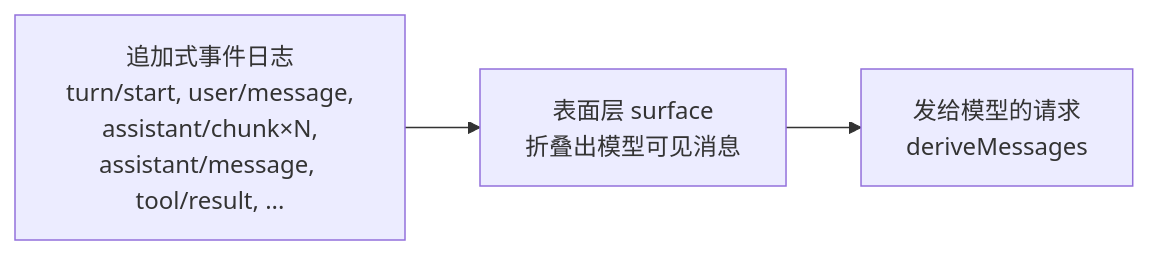
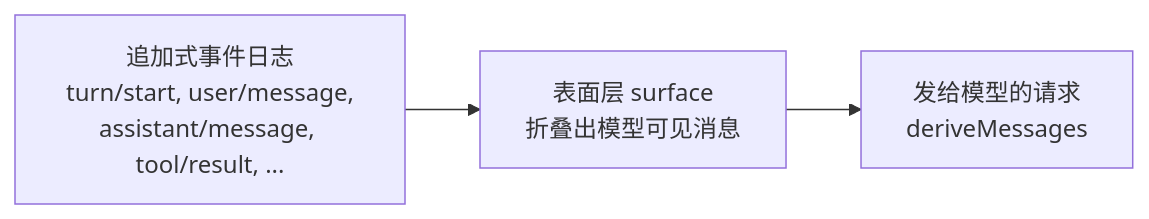
Before and after one commit to vacat/agent-book: the diagram in src/ch11-session-and-memory.md, drawn with Mermaid. The commit also changed other lines of this file and 14 other files, not shown here.

````diff
--- a/src/ch11-session-and-memory.md
+++ b/src/ch11-session-and-memory.md
@@ -68,7 +71,7 @@
 ```mermaid
 flowchart LR
-    LOG[追加式事件日志<br/>turn/start, user/message,<br/>assistant/chunk×N,<br/>assistant/message, tool/result, ...]
+    LOG[追加式事件日志<br/>turn/start, user/message,<br/>assistant/message, tool/result, ...]
     SURF[表面层 surface<br/>折叠出模型可见消息]
     REQ[发给模型的请求<br/>deriveMessages]
     LOG --> SURF --> REQ
 ```
````
